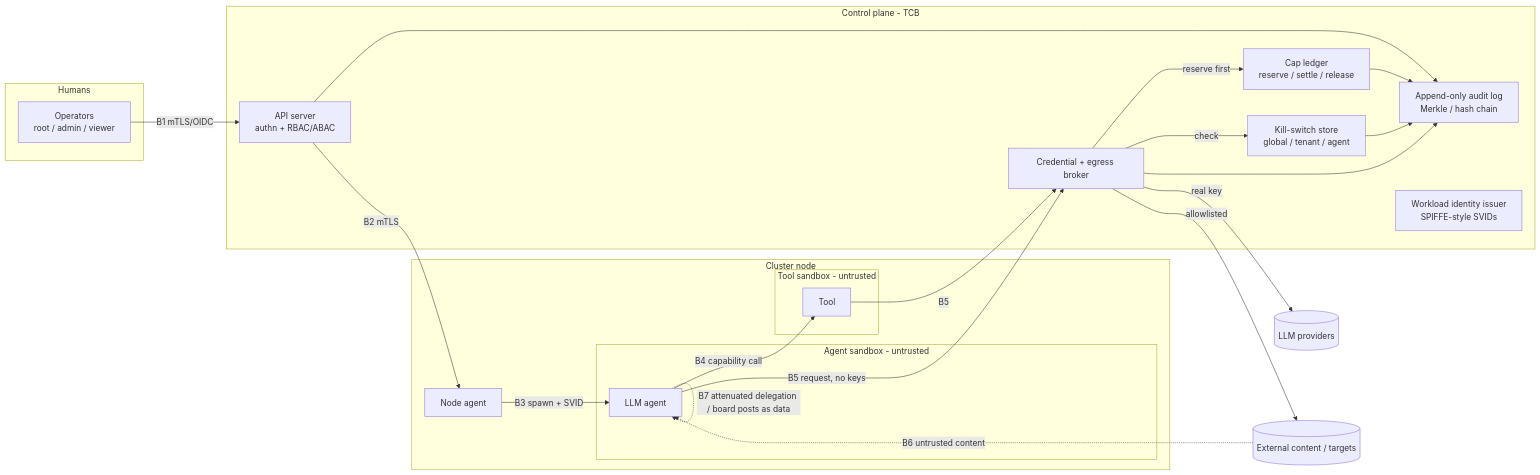
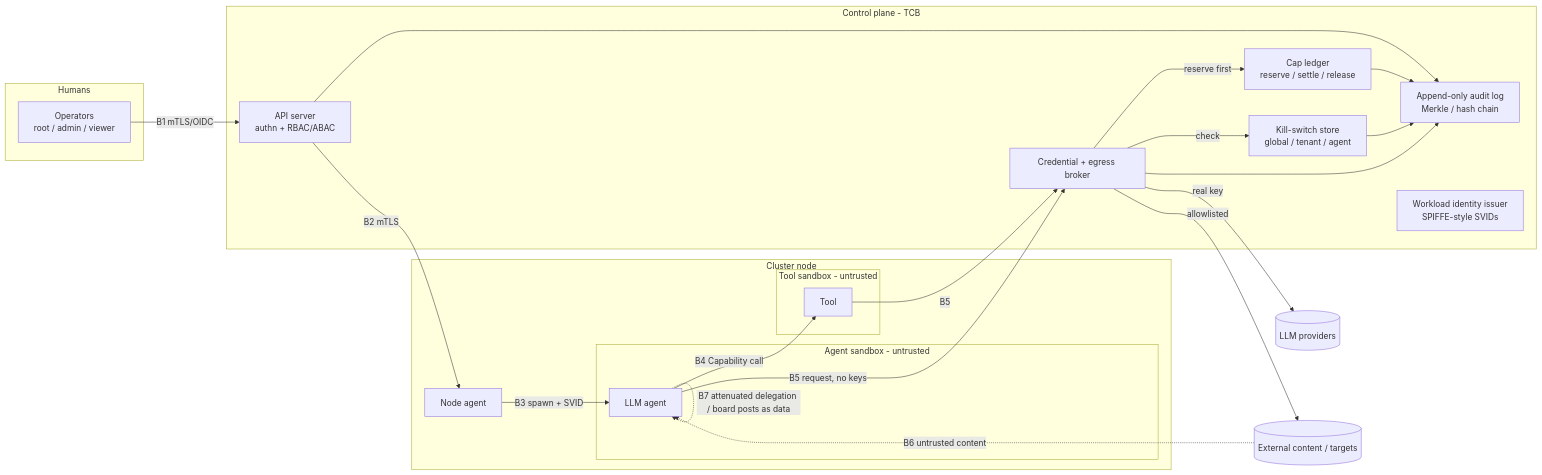
One commit to GuiBibeau/solos-swarm changed the diagram in docs/TRD.md. Above: the diagram before and after it, drawn with Mermaid. The commit also changed other lines of this file, not shown here.

````diff
--- a/docs/TRD.md
+++ b/docs/TRD.md
@@ -461,39 +461,39 @@
 ```mermaid
 flowchart LR
   subgraph Humans
     OP[Operators<br/>root / admin / viewer]
   end
   subgraph CP[Control plane - TCB]
     API[API server<br/>authn + RBAC/ABAC]
     LED[Cap ledger<br/>reserve / settle / release]
     KS[Kill-switch store<br/>global / tenant / agent]
     BRK[Credential + egress broker]
     AUD[Append-only audit log<br/>Merkle / hash chain]
     ID[Workload identity issuer<br/>SPIFFE-style SVIDs]
   end
   subgraph Node[Cluster node]
     NA[Node agent]
     subgraph SB[Agent sandbox - untrusted]
       AG[LLM agent]
     end
     subgraph TS[Tool sandbox - untrusted]
       TL[Tool]
     end
   end
   PROV[(LLM providers)]
   EXT[(External content / targets)]
 
   OP -- B1 mTLS/OIDC --> API
   API -- B2 mTLS --> NA
   NA -- B3 spawn + SVID --> AG
-  AG -- B4 capability call --> TL
+  AG -- B4 Capability call --> TL
   AG -- B5 request, no keys --> BRK
   TL -- B5 --> BRK
   BRK -- reserve first --> LED
   BRK -- check --> KS
   BRK -- real key --> PROV
   BRK -- allowlisted --> EXT
   EXT -. B6 untrusted content .-> AG
   AG -. B7 attenuated delegation / board posts as data .-> AG
   API & LED & KS & BRK --> AUD
 ```
````
